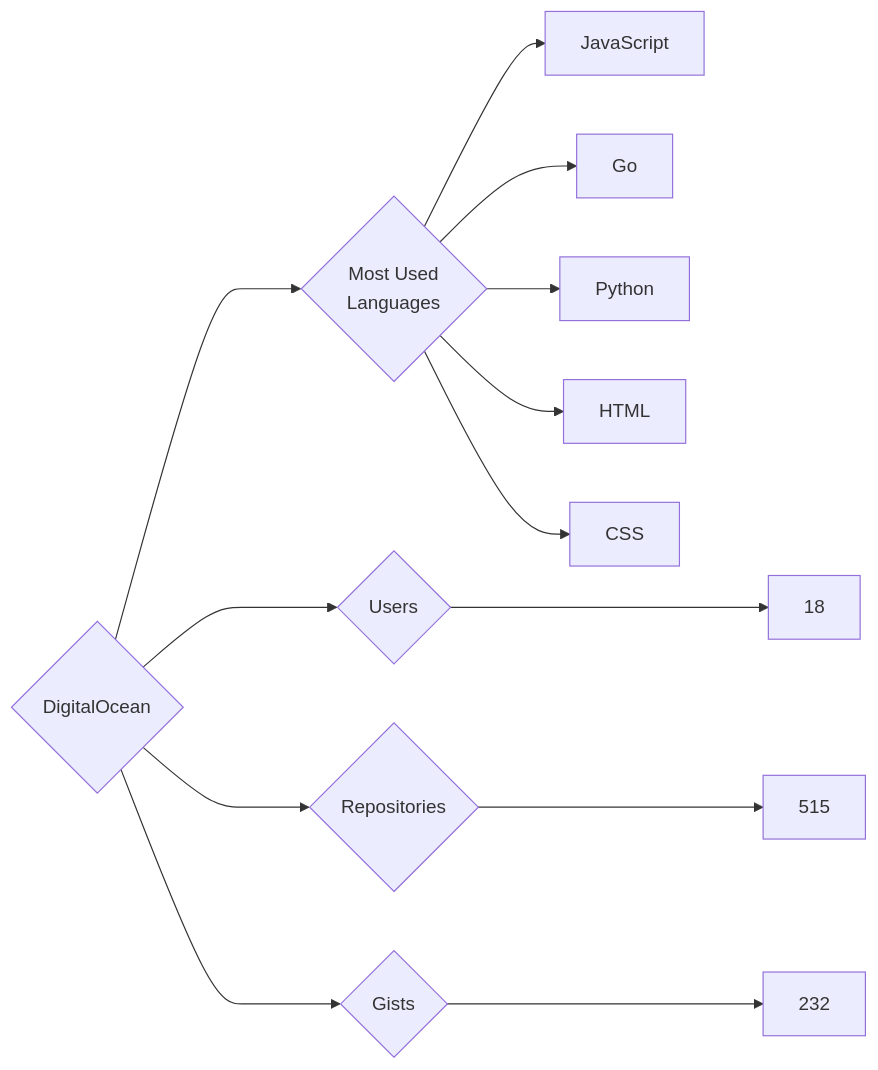
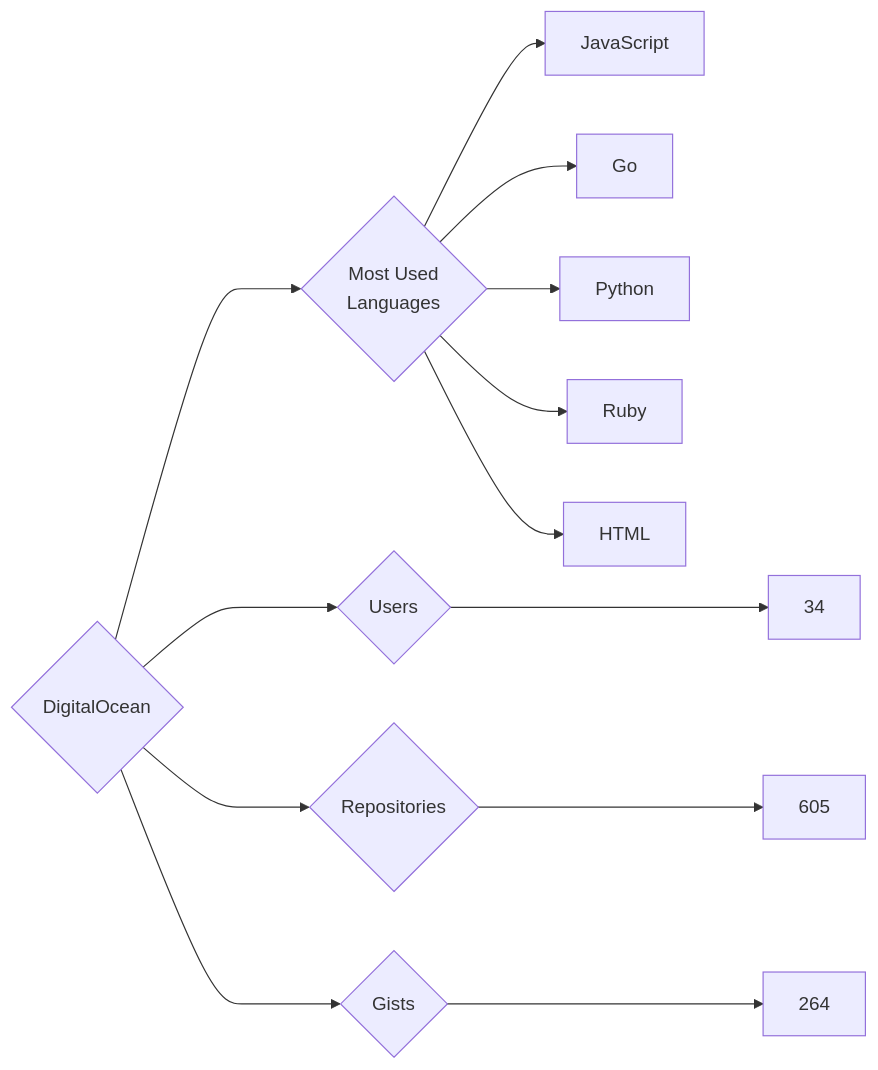
Before and after one commit to trickest/insiders: the diagram in targets/DigitalOcean/README.md, drawn with Mermaid. The commit also changed 847 other files, not shown here.

````diff
--- a/targets/DigitalOcean/README.md
+++ b/targets/DigitalOcean/README.md
@@ -3,13 +3,13 @@
 ```mermaid
 graph LR
 COMPANY_NAME{DigitalOcean}
-COMPANY_NAME ---> U{Users} ---> UN[18]
-COMPANY_NAME ---> R{Repositories} ---> RN[515]
-COMPANY_NAME ---> G{Gists} ---> GN[232]
+COMPANY_NAME ---> U{Users} ---> UN[34]
+COMPANY_NAME ---> R{Repositories} ---> RN[605]
+COMPANY_NAME ---> G{Gists} ---> GN[264]
 COMPANY_NAME ---> ML{Most Used<br>Languages}
 ML --> JavaScript[JavaScript]
 ML --> Go[Go]
 ML --> Python[Python]
+ML --> Ruby[Ruby]
 ML --> HTML[HTML]
-ML --> CSS[CSS]
 ```
````
